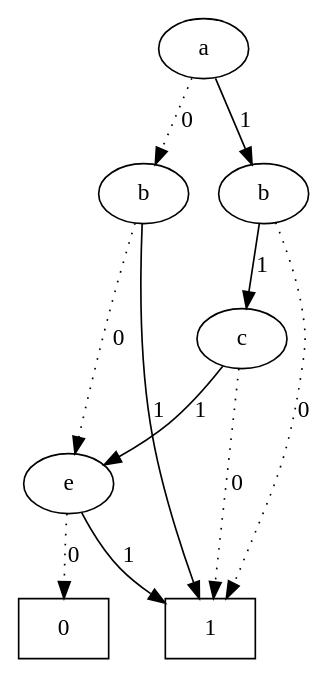
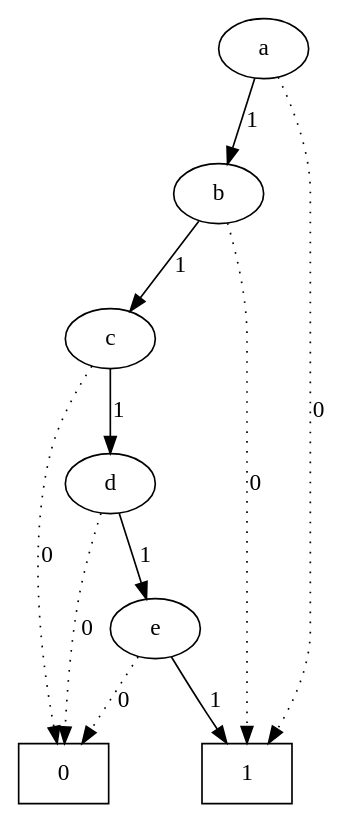
One commit to LiaoAnn/ntust-dsd changed the diagram in project1/output/case2.dot. Above: the diagram before and after it, drawn with Graphviz. The commit also changed 1 other file, not shown here.

```diff
--- a/project1/output/case2.dot
+++ b/project1/output/case2.dot
@@ -1,25 +1,26 @@
 digraph ROBDD {
   {rank=same 1}
-  {rank=same 2 3}
+  {rank=same 3}
   {rank=same 7}
-  {rank=same 16}
+  {rank=same 15}
+  {rank=same 31}
 
   0 [label=0,shape=bot]
   1 [label="a"]
-  2 [label="b"]
   3 [label="b"]
   7 [label="c"]
-  16 [label="e"]
+  15 [label="d"]
+  31 [label="e"]
   32 [label=1,shape=bot]
 
-  1 -> 2 [label="0",style=dotted]
+  1 -> 32 [label="0",style=dotted]
   1 -> 3 [label="1",style=solid]
-  2 -> 16 [label="0",style=dotted]
-  2 -> 32 [label="1",style=solid]
   3 -> 32 [label="0",style=dotted]
   3 -> 7 [label="1",style=solid]
-  7 -> 32 [label="0",style=dotted]
-  7 -> 16 [label="1",style=solid]
-  16 -> 0 [label="0",style=dotted]
-  16 -> 32 [label="1",style=solid]
+  7 -> 0 [label="0",style=dotted]
+  7 -> 15 [label="1",style=solid]
+  15 -> 0 [label="0",style=dotted]
+  15 -> 31 [label="1",style=solid]
+  31 -> 0 [label="0",style=dotted]
+  31 -> 32 [label="1",style=solid]
 }
```
